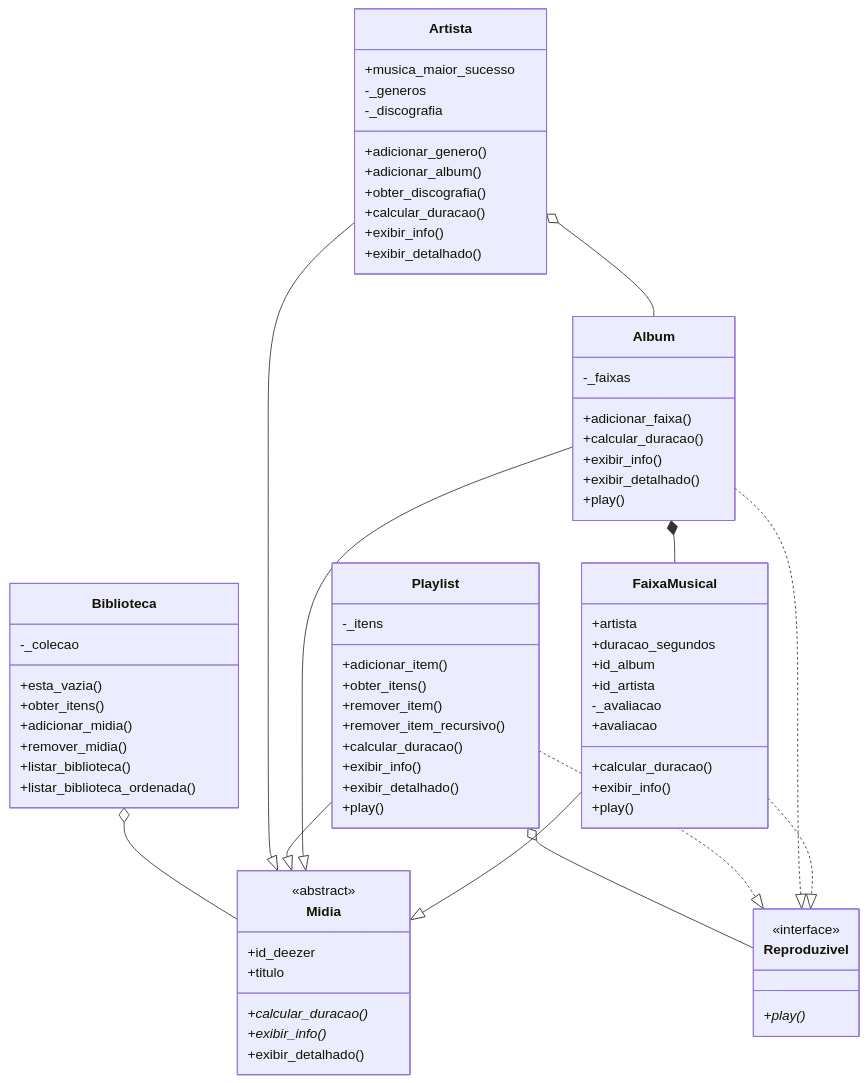
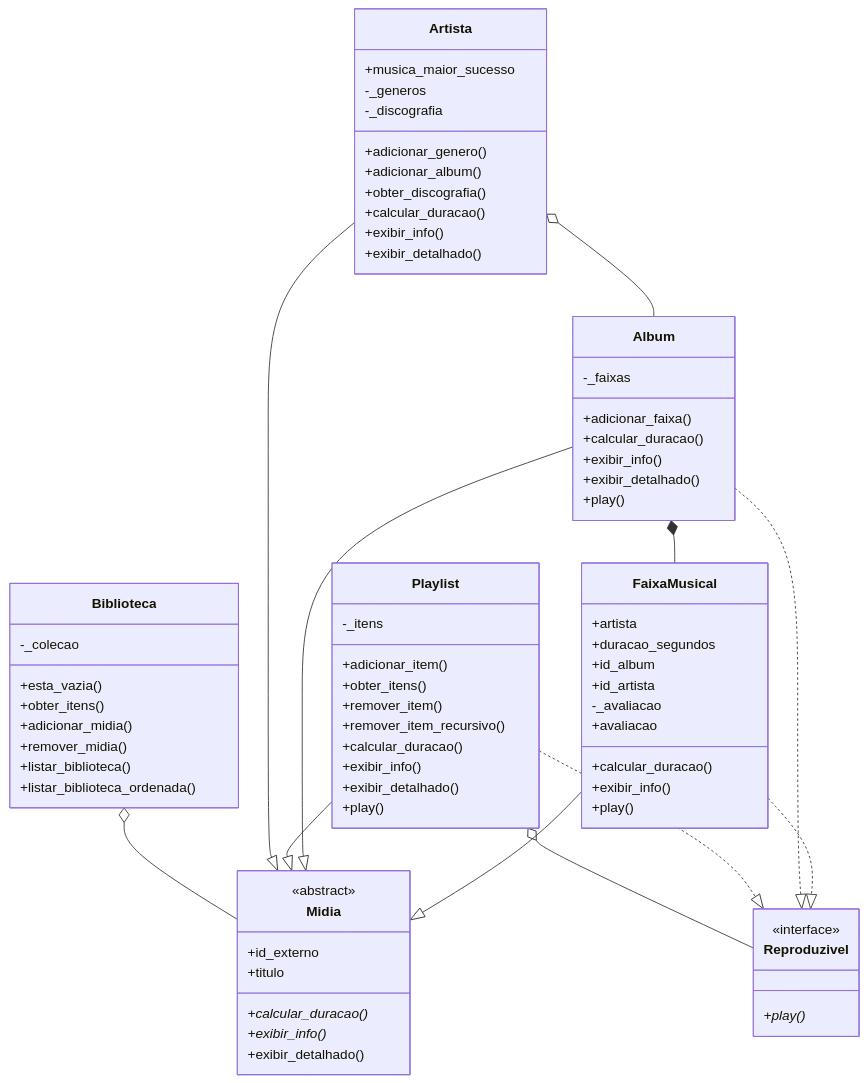
Before and after one commit to Lucas-GBueno/Projeto-Software-2026.2: the diagram in README.md, drawn with Mermaid.

````diff
--- a/README.md
+++ b/README.md
@@ -27,78 +27,78 @@
 ```mermaid
 classDiagram
     class Midia {
         <<abstract>>
-        +id_deezer
+        +id_externo
         +titulo
         +calcular_duracao()*
         +exibir_info()*
         +exibir_detalhado()
     }
     class Reproduzivel {
         <<interface>>
         +play()*
     }
     class FaixaMusical {
         +artista
         +duracao_segundos
         +id_album
         +id_artista
         -_avaliacao
         +avaliacao
         +calcular_duracao()
         +exibir_info()
         +play()
     }
     class Album {
         -_faixas
         +adicionar_faixa()
         +calcular_duracao()
         +exibir_info()
         +exibir_detalhado()
         +play()
     }
     class Playlist {
         -_itens
         +adicionar_item()
         +obter_itens()
         +remover_item()
         +remover_item_recursivo()
         +calcular_duracao()
         +exibir_info()
         +exibir_detalhado()
         +play()
     }
     class Artista {
         +musica_maior_sucesso
         -_generos
         -_discografia
         +adicionar_genero()
         +adicionar_album()
         +obter_discografia()
         +calcular_duracao()
         +exibir_info()
         +exibir_detalhado()
     }
     class Biblioteca {
         -_colecao
         +esta_vazia()
         +obter_itens()
         +adicionar_midia()
         +remover_midia()
         +listar_biblioteca()
         +listar_biblioteca_ordenada()
     }
 
     FaixaMusical --|> Midia
     Album --|> Midia
     Playlist --|> Midia
     Artista --|> Midia
     FaixaMusical ..|> Reproduzivel
     Album ..|> Reproduzivel
     Playlist ..|> Reproduzivel
 
     Album *-- FaixaMusical
     Playlist o-- Reproduzivel
     Artista o-- Album
     Biblioteca o-- Midia
 ```
````
